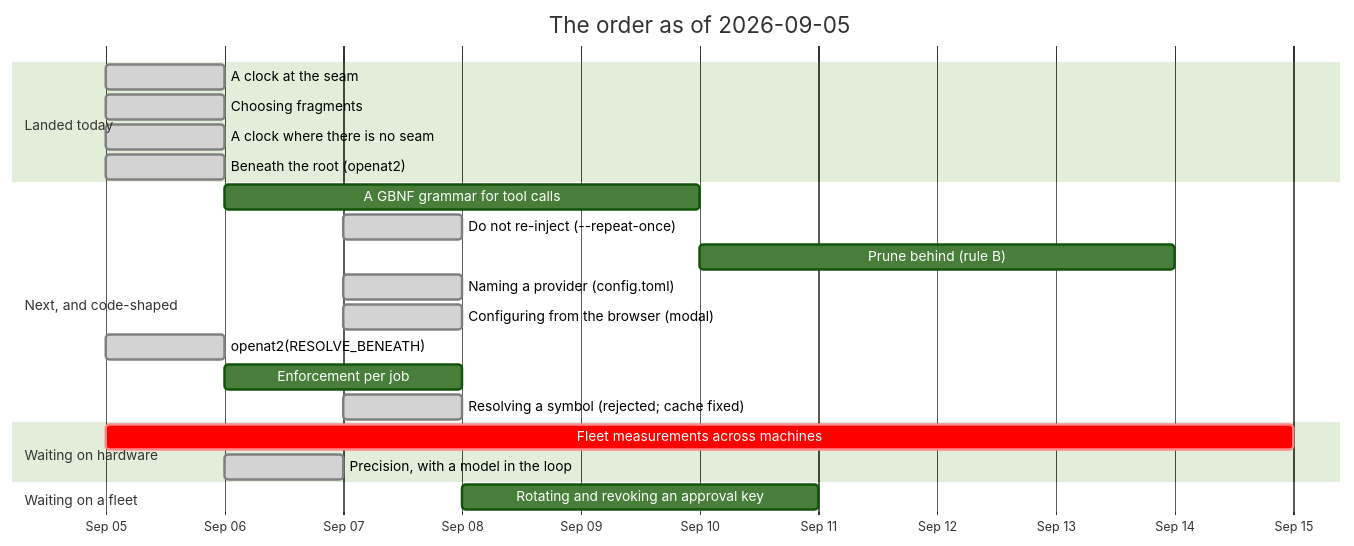
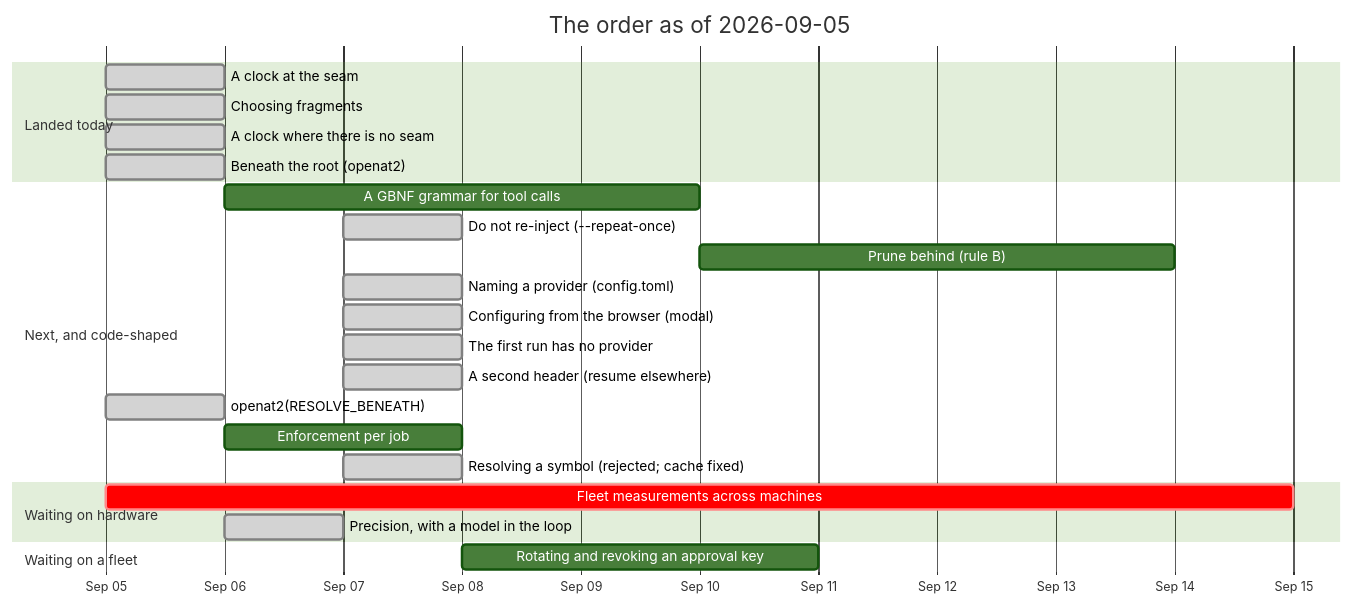
One commit to jgermade/luu changed the diagram in ROADMAP/2026-09-05/README.md. Above: the diagram before and after it, drawn with Mermaid (forest theme). The commit also changed other lines of this file and 20 other files, not shown here.

First line of the commit message:
Sessions choose their destination; first run configures from browser (#25)

````diff
--- a/ROADMAP/2026-09-05/README.md
+++ b/ROADMAP/2026-09-05/README.md
@@ -44,25 +48,27 @@
 ```mermaid
 gantt
     title The order as of 2026-09-05
     dateFormat YYYY-MM-DD
     axisFormat %b %d
     section Landed today
     A clock at the seam                    :done, clock, 2026-09-05, 1d
     Choosing fragments                     :done, frag, 2026-09-05, 1d
     A clock where there is no seam         :done, hostclock, 2026-09-05, 1d
     Beneath the root (openat2)             :done, toctou2, 2026-09-05, 1d
     section Next, and code-shaped
     A GBNF grammar for tool calls          :gbnf, 2026-09-06, 4d
     Do not re-inject (--repeat-once)       :done, reinject, 2026-09-07, 1d
     Prune behind (rule B)                  :prune, after gbnf, 4d
     Naming a provider (config.toml)        :done, prov, 2026-09-07, 1d
     Configuring from the browser (modal)   :done, modal, 2026-09-07, 1d
+    The first run has no provider          :done, firstrun, 2026-09-07, 1d
+    A second header (resume elsewhere)     :done, resume, 2026-09-07, 1d
     openat2(RESOLVE_BENEATH)               :done, toctou, 2026-09-05, 1d
     Enforcement per job                    :enf, 2026-09-06, 2d
     Resolving a symbol (rejected; cache fixed) :done, sym, 2026-09-07, 1d
     section Waiting on hardware
     Fleet measurements across machines     :crit, bench, 2026-09-05, 10d
     Precision, with a model in the loop    :done, prec, 2026-09-06, 1d
     section Waiting on a fleet
     Rotating and revoking an approval key  :keys, after enf, 3d
 ```
````
